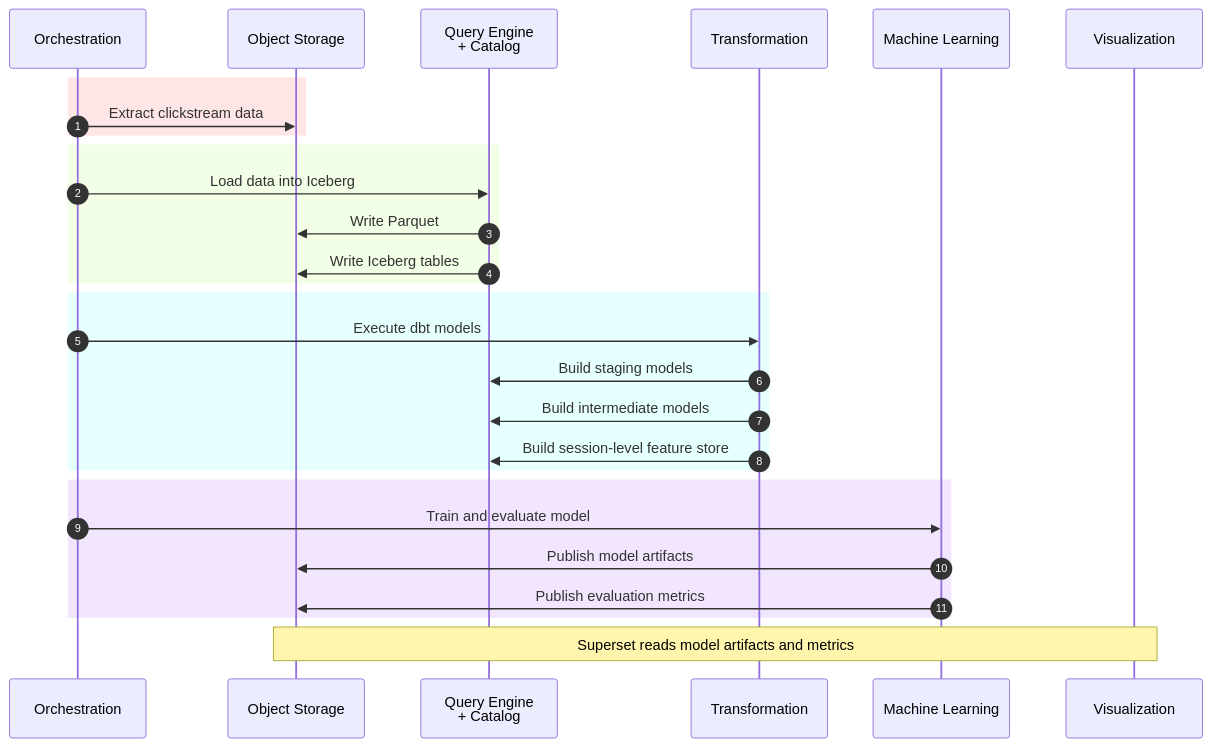
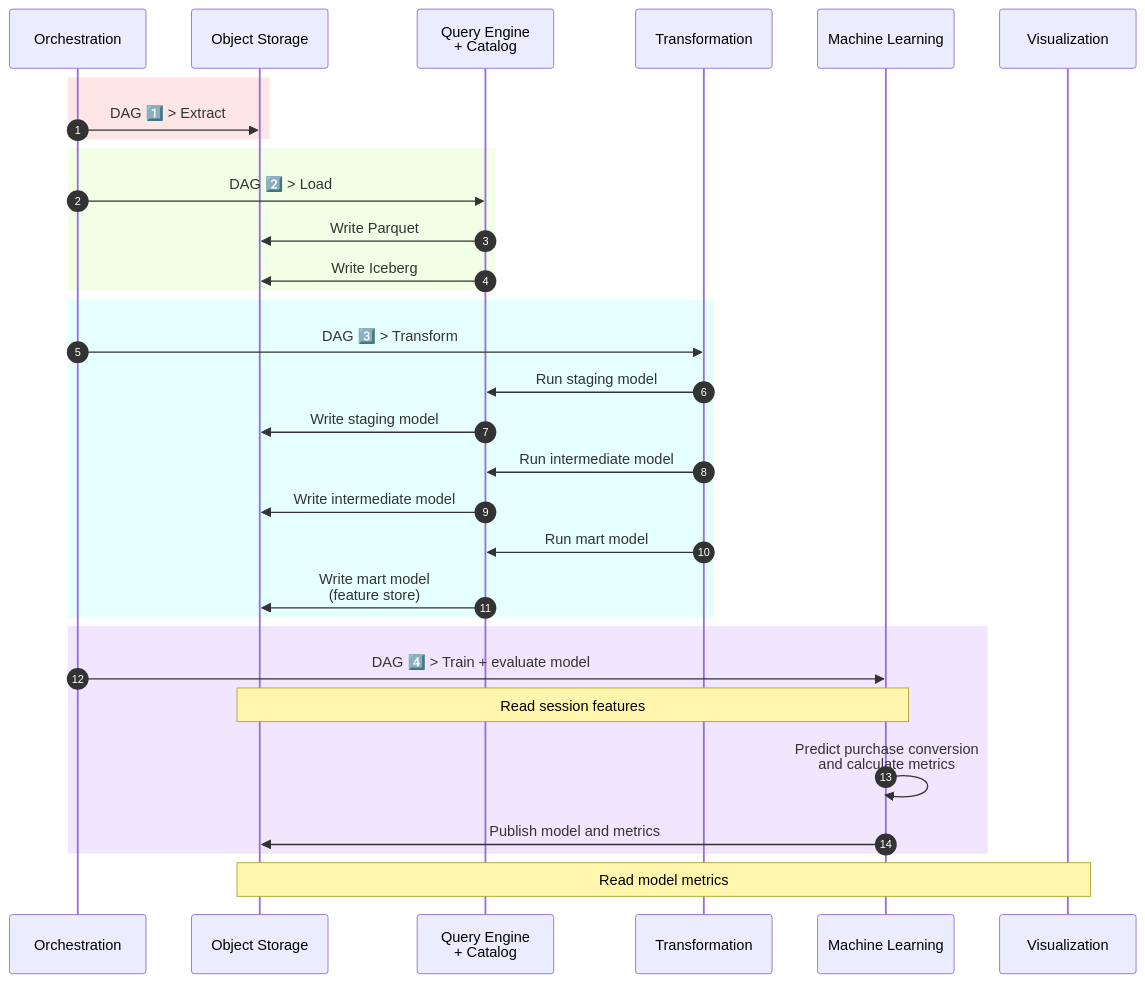
The second of 3 diagrams in project-1-local-lakehouse/README2.md (Rez99/data-engineering-portfolio), drawn with Mermaid before and after one commit. The commit also changed other lines of this file, not shown here.

Commit message:
Update README2.md: enhance outputs section for clarity and detail; refine end-to-end pipeline description with DAGs and interactions

````diff
--- a/project-1-local-lakehouse/README2.md
+++ b/project-1-local-lakehouse/README2.md
@@ -168,36 +173,42 @@
 ```mermaid
 sequenceDiagram
     autonumber
 
     participant Orchestration
     participant ObjectStorage as Object Storage
     participant QueryEngine as Query Engine<br/>+ Catalog
     participant Transformation
     participant ML as Machine Learning
     participant Visualization
 
     rect rgb(255, 230, 230)
-        Orchestration->>ObjectStorage: Extract clickstream data
+        Orchestration->>ObjectStorage: DAG 1️⃣ > Extract
     end
 
     rect rgb(242, 255, 230)
-        Orchestration->>QueryEngine: Load data into Iceberg
+        Orchestration->>QueryEngine: DAG 2️⃣ > Load
         QueryEngine->>ObjectStorage: Write Parquet
-        QueryEngine->>ObjectStorage: Write Iceberg tables
+        QueryEngine->>ObjectStorage: Write Iceberg
     end
 
     rect rgb(230, 255, 255)
-        Orchestration->>Transformation: Execute dbt models
-        Transformation->>QueryEngine: Build staging models
-        Transformation->>QueryEngine: Build intermediate models
-        Transformation->>QueryEngine: Build session-level feature store
+        Orchestration->>Transformation: DAG 3️⃣ > Transform
+        Transformation->>QueryEngine: Run staging model
+        QueryEngine->>ObjectStorage: Write staging model
+
+        Transformation->>QueryEngine: Run intermediate model
+        QueryEngine->>ObjectStorage: Write intermediate model
+
+        Transformation->>QueryEngine: Run mart model
+        QueryEngine->>ObjectStorage: Write mart model<br/>(feature store)
     end
 
     rect rgb(242, 230, 255)
-        Orchestration->>ML: Train and evaluate model
-        ML->>ObjectStorage: Publish model artifacts
-        ML->>ObjectStorage: Publish evaluation metrics
+        Orchestration->>ML: DAG 4️⃣ > Train + evaluate model
+        Note over ObjectStorage,ML: Read session features
+        ML->>ML: Predict purchase conversion<br/>and calculate metrics
+        ML->>ObjectStorage: Publish model and metrics
     end
 
-    Note over ObjectStorage,Visualization: Superset reads model artifacts and metrics
+    Note over ObjectStorage,Visualization: Read model metrics
 ```
````
